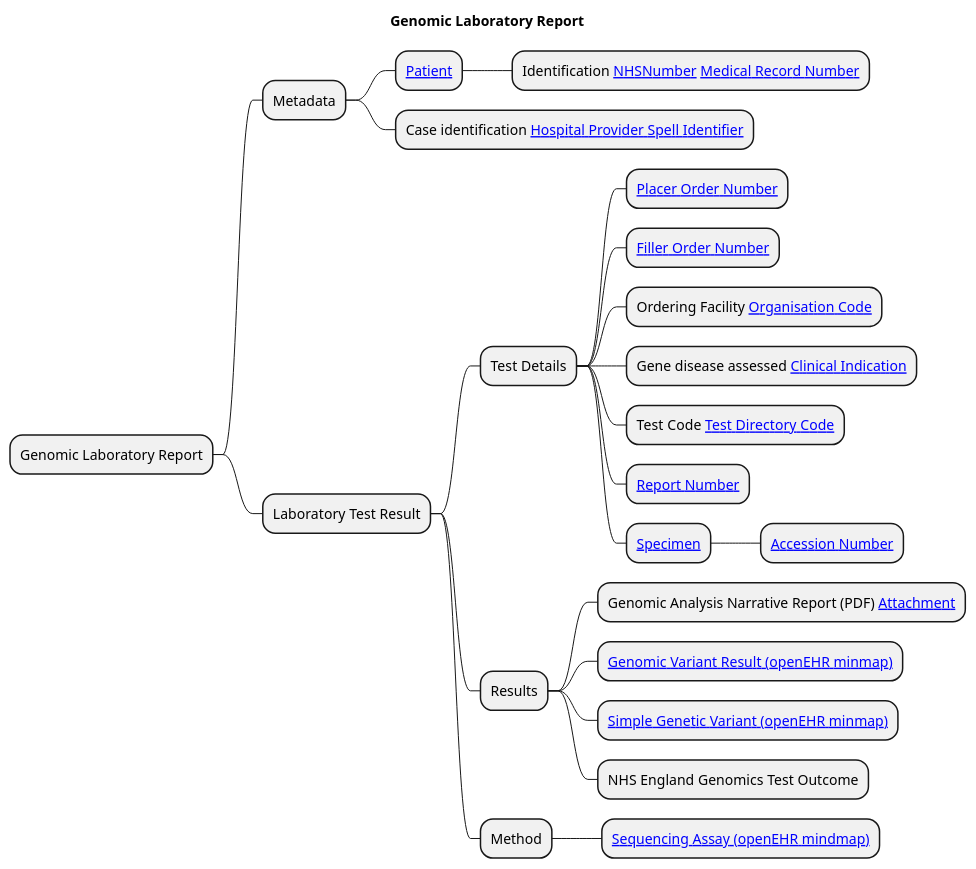
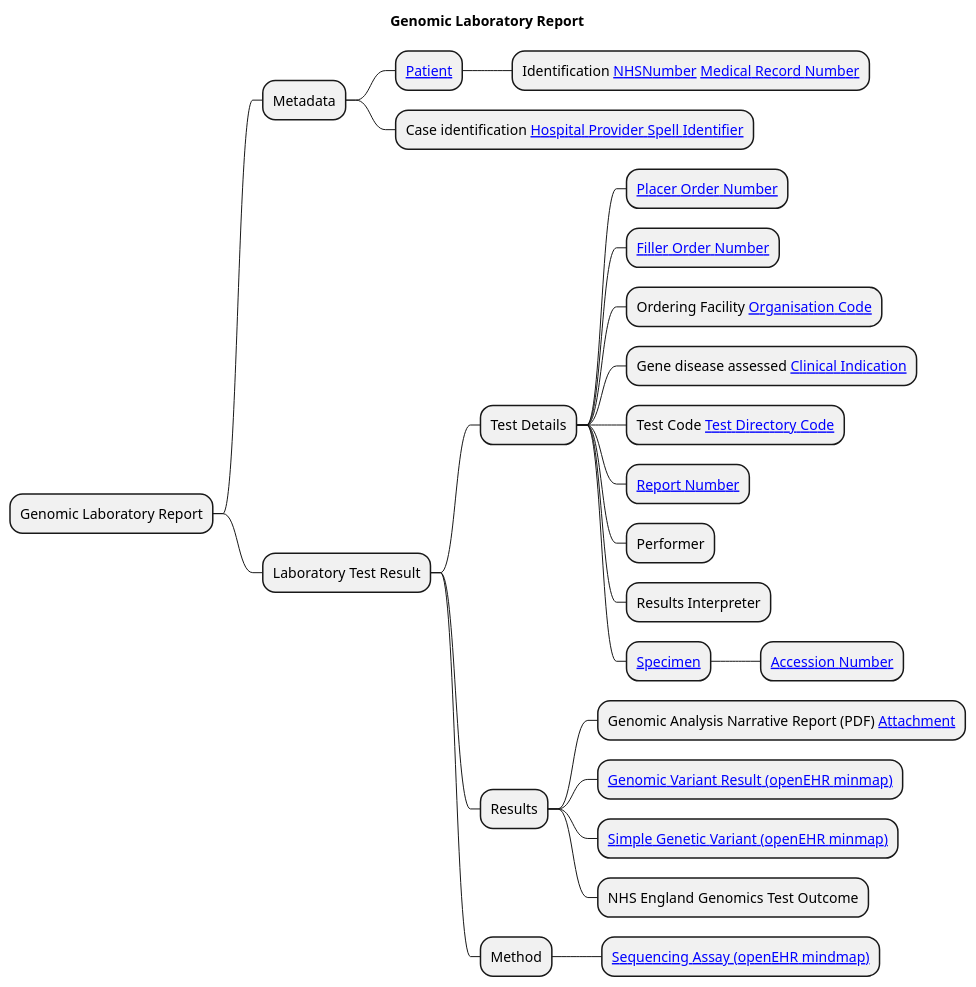
One commit to uk-gov-mirror/nw-gmsa.nw-gmsa.github.com changed the diagram in input/images-source/LaboratoryReport-mindmap.plantuml. Above: the diagram before and after it, drawn with PlantUML.

Commit message:
hyperlinks in mermaid diagram

```diff
--- a/input/images-source/LaboratoryReport-mindmap.plantuml
+++ b/input/images-source/LaboratoryReport-mindmap.plantuml
@@ -1,28 +1,30 @@
 @startmindmap
 
 title "Genomic Laboratory Report"
 
 * Genomic Laboratory Report
 ** Metadata
 *** [[StructureDefinition-Patient.html Patient]]
 **** Identification [[StructureDefinition-NHSNumber.html NHSNumber]] [[StructureDefinition-MedicalRecordNumber.html Medical Record Number]]
 *** Case identification [[StructureDefinition-HospitalProviderSpellIdentifier.html Hospital Provider Spell Identifier]]
 ** Laboratory Test Result
 *** Test Details
 **** [[StructureDefinition-PlacerOrderNumber.html Placer Order Number]]
 **** [[StructureDefinition-FillerOrderNumber.html Filler Order Number]]
 **** Ordering Facility [[StructureDefinition-OrganisationCode.html Organisation Code]]
 **** Gene disease assessed [[CodeSystem-GenomicClinicalIndication.html Clinical Indication]]
 **** Test Code [[CodeSystem-GenomicTestCode.html Test Directory Code]]
 **** [[StructureDefinition-ReportNumber.html Report Number]]
+**** Performer
+**** Results Interpreter
 **** [[StructureDefinition-Specimen.html Specimen]]
 ***** [[StructureDefinition-AccessionNumber.html Accession Number]]
 *** Results
 **** Genomic Analysis Narrative Report (PDF) [[StructureDefinition-NWAttachment.html Attachment]]
 **** [[https://ckm.openehr.org/ckm/archetypes/1013.1.3759/mindmap Genomic Variant Result (openEHR minmap)]]
 **** [[https://ckm.openehr.org/ckm/archetypes/1013.1.4858/mindmap Simple Genetic Variant (openEHR minmap)]]
 **** NHS England Genomics Test Outcome
 *** Method
 **** [[https://ckm.openehr.org/ckm/archetypes/1013.1.4256/mindmap Sequencing Assay (openEHR mindmap)]]
 
 @endmindmap
```
